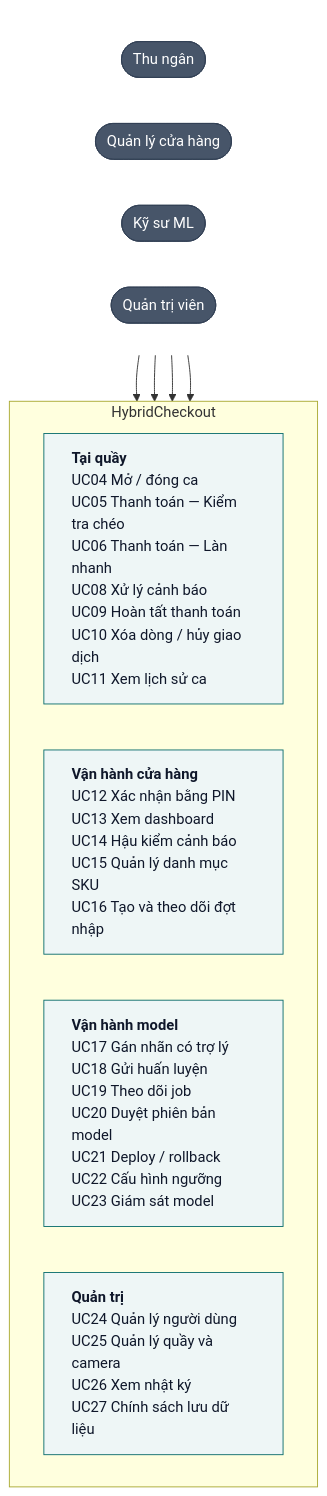
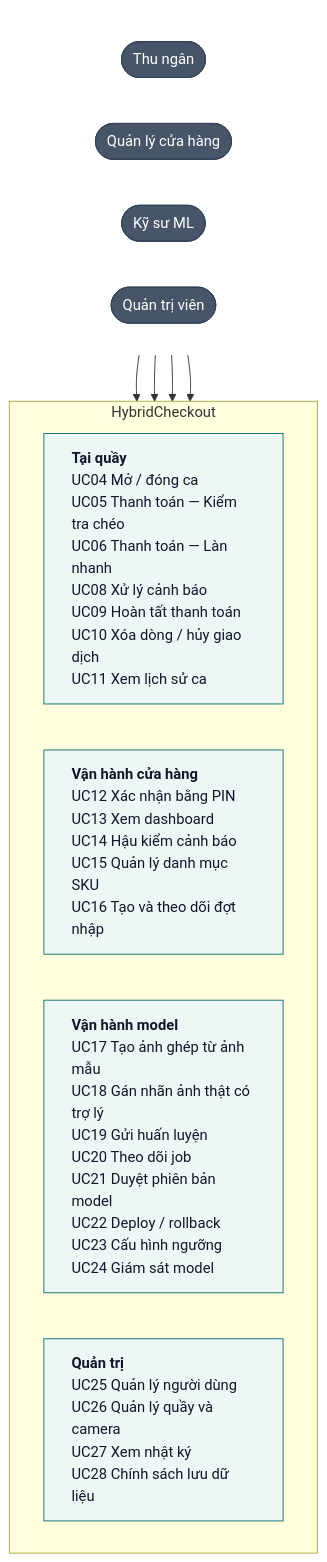
Before and after one commit to AnNguyen05092004/hybrid-checkout: the diagram in README.md, drawn with Mermaid. The commit also changed other lines of this file and 47 other files, not shown here.

Commit message:
fix: sửa lại phần trợ lý gán nhãn

````diff
--- a/README.md
+++ b/README.md
@@ -23,26 +23,26 @@
 ```mermaid
 flowchart TB
     subgraph actors[" "]
         direction LR
         cashier(["Thu ngân"])
         manager(["Quản lý cửa hàng"])
         ml(["Kỹ sư ML"])
         admin(["Quản trị viên"])
     end
     subgraph sys["HybridCheckout"]
         direction LR
         c["<b>Tại quầy</b><br/>UC04 Mở / đóng ca<br/>UC05 Thanh toán — Kiểm tra chéo<br/>UC06 Thanh toán — Làn nhanh<br/>UC08 Xử lý cảnh báo<br/>UC09 Hoàn tất thanh toán<br/>UC10 Xóa dòng / hủy giao dịch<br/>UC11 Xem lịch sử ca"]
         m["<b>Vận hành cửa hàng</b><br/>UC12 Xác nhận bằng PIN<br/>UC13 Xem dashboard<br/>UC14 Hậu kiểm cảnh báo<br/>UC15 Quản lý danh mục SKU<br/>UC16 Tạo và theo dõi đợt nhập"]
-        l["<b>Vận hành model</b><br/>UC17 Gán nhãn có trợ lý<br/>UC18 Gửi huấn luyện<br/>UC19 Theo dõi job<br/>UC20 Duyệt phiên bản model<br/>UC21 Deploy / rollback<br/>UC22 Cấu hình ngưỡng<br/>UC23 Giám sát model"]
-        a["<b>Quản trị</b><br/>UC24 Quản lý người dùng<br/>UC25 Quản lý quầy và camera<br/>UC26 Xem nhật ký<br/>UC27 Chính sách lưu dữ liệu"]
+        l["<b>Vận hành model</b><br/>UC17 Tạo ảnh ghép từ ảnh mẫu<br/>UC18 Gán nhãn ảnh thật có trợ lý<br/>UC19 Gửi huấn luyện<br/>UC20 Theo dõi job<br/>UC21 Duyệt phiên bản model<br/>UC22 Deploy / rollback<br/>UC23 Cấu hình ngưỡng<br/>UC24 Giám sát model"]
+        a["<b>Quản trị</b><br/>UC25 Quản lý người dùng<br/>UC26 Quản lý quầy và camera<br/>UC27 Xem nhật ký<br/>UC28 Chính sách lưu dữ liệu"]
     end
     cashier --> c
     manager --> m
     ml --> l
     admin --> a
     classDef actor fill:#475569,color:#fff,stroke:#334155
     classDef box fill:#eef6f6,stroke:#0d6e6e,color:#0f172a,text-align:left
     class cashier,manager,ml,admin actor
     class c,m,l,a box
     style actors fill:none,stroke:none
 ```
````
